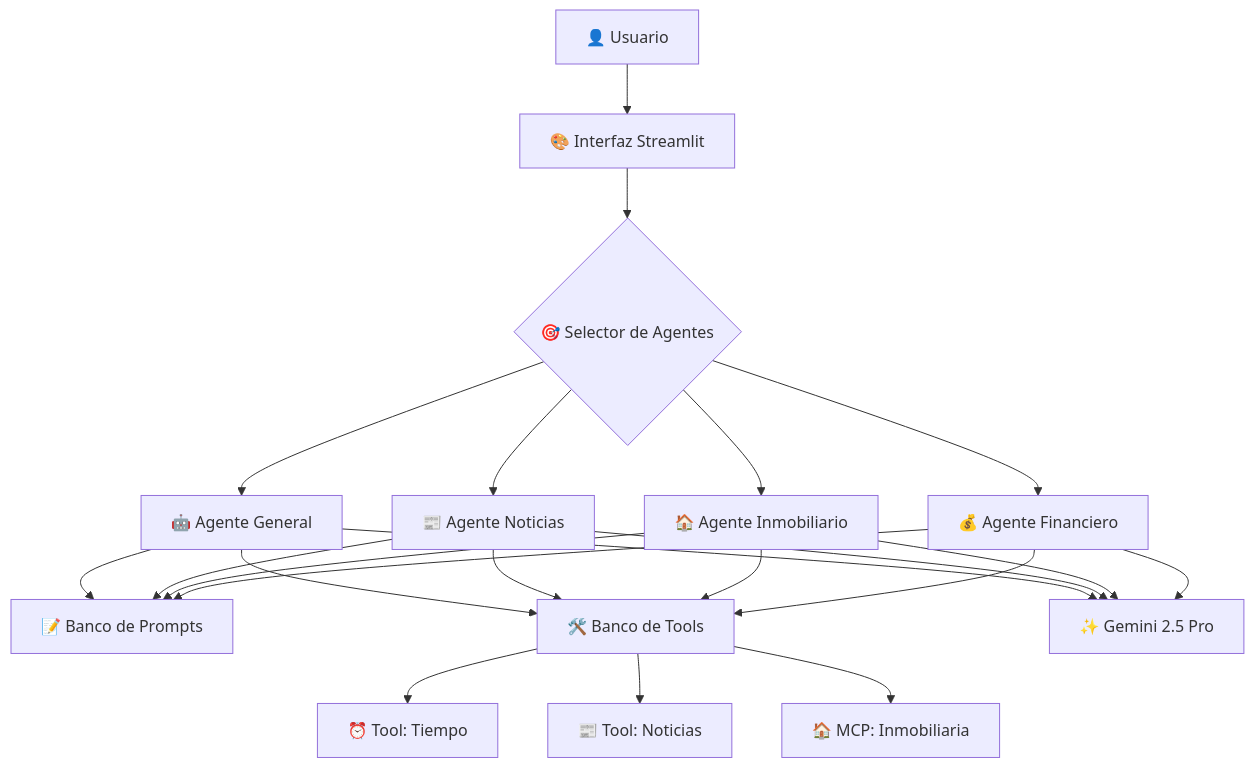
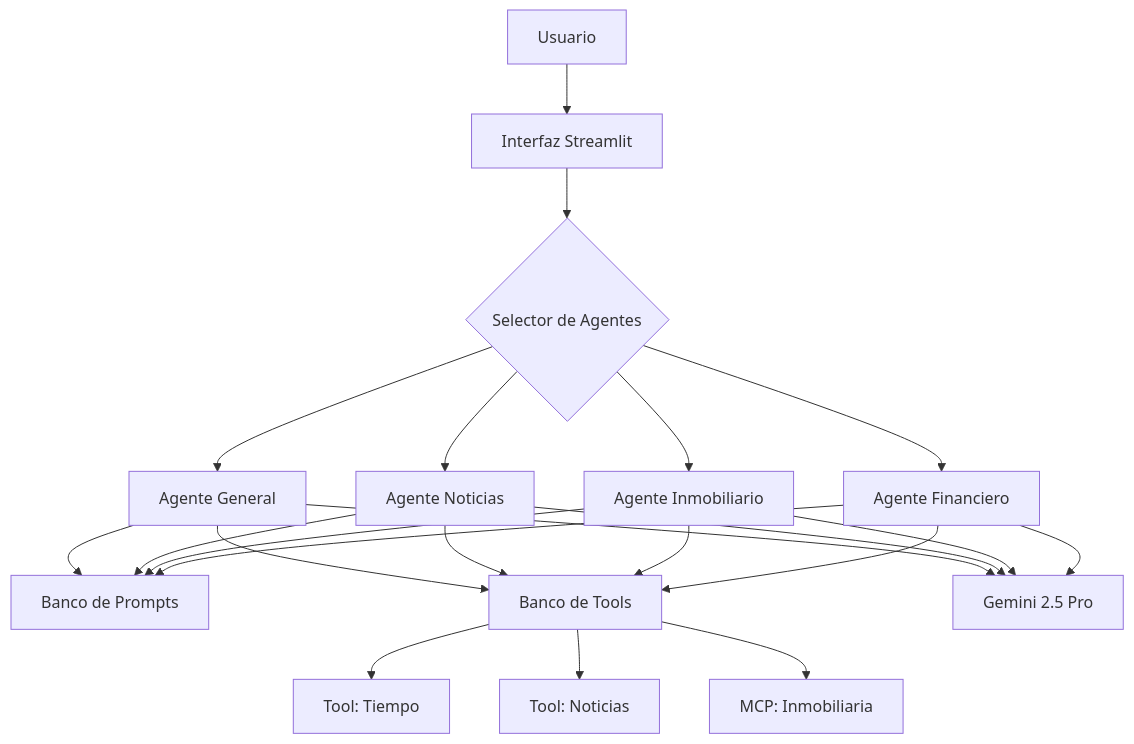
The diagram in README.md (K31NER/Multi-AI-Agent), drawn with Mermaid before and after one commit.

Commit message:
fix: correcion de diagramas

````diff
--- a/README.md
+++ b/README.md
@@ -28,29 +28,29 @@
 ```mermaid
 graph TD
-    A[👤 Usuario] --> B[🎨 Interfaz Streamlit]
-    B --> C{🎯 Selector de Agentes}
+    A[Usuario] --> B[Interfaz Streamlit]
+    B --> C{Selector de Agentes}
     
-    C --> D[🤖 Agente General]
-    C --> E[📰 Agente Noticias]
-    C --> F[🏠 Agente Inmobiliario]
-    C --> G[💰 Agente Financiero]
+    C --> D[Agente General]
+    C --> E[Agente Noticias]
+    C --> F[Agente Inmobiliario]
+    C --> G[Agente Financiero]
     
-    D --> H[📝 Banco de Prompts]
+    D --> H[Banco de Prompts]
     E --> H
     F --> H
     G --> H
     
-    D --> I[🛠️ Banco de Tools]
+    D --> I[Banco de Tools]
     E --> I
     F --> I
     G --> I
     
-    I --> J[⏰ Tool: Tiempo]
-    I --> K[📰 Tool: Noticias]
-    I --> L[🏠 MCP: Inmobiliaria]
+    I --> J[Tool: Tiempo]
+    I --> K[Tool: Noticias]
+    I --> L[MCP: Inmobiliaria]
     
-    D --> M[✨ Gemini 2.5 Pro]
+    D --> M[Gemini 2.5 Pro]
     E --> M
     F --> M
     G --> M
 ```
````
